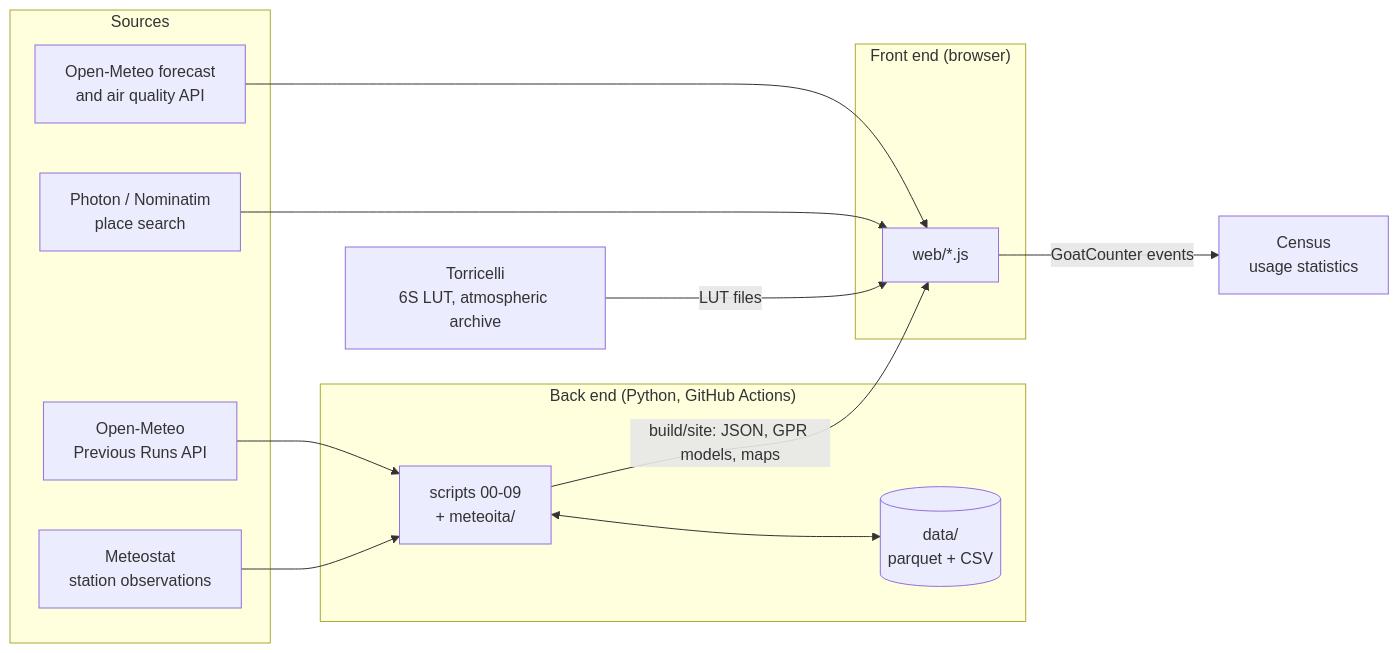
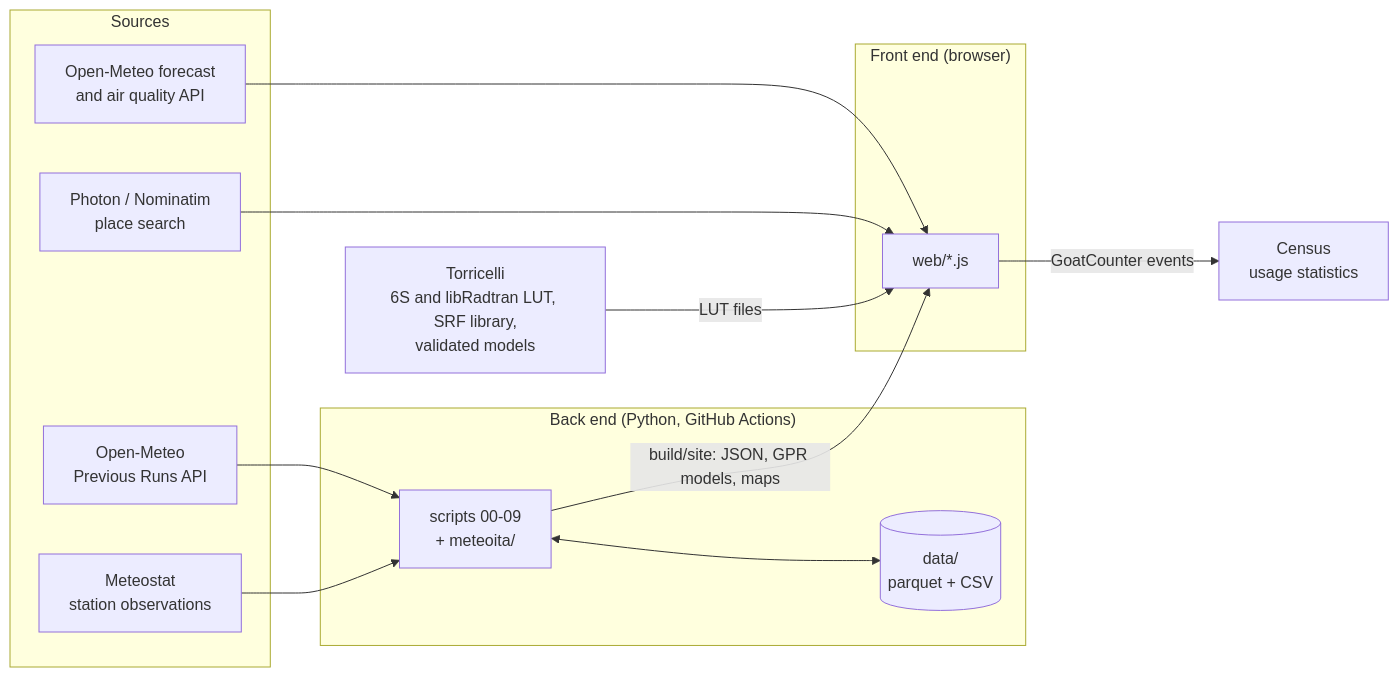
Before and after one commit to francescorossi3/prognostica: the first of 5 diagrams in docs/HOW_IT_WORKS.md, drawn with Mermaid. The commit also changed other lines of this file and 4 other files, not shown here.

First line of the commit message:
Documentazione: Atmosphere RK con il modello validato, risposte spettrali dei sensori, libRadtran; README senza le mappe a 10 m superate

````diff
--- a/docs/HOW_IT_WORKS.md
+++ b/docs/HOW_IT_WORKS.md
@@ -12,26 +12,26 @@
 ```mermaid
 flowchart LR
   subgraph Sources
     OM[Open-Meteo<br>Previous Runs API]
     MS[Meteostat<br>station observations]
     OMlive[Open-Meteo forecast<br>and air quality API]
     GEO[Photon / Nominatim<br>place search]
   end
   subgraph "Back end (Python, GitHub Actions)"
     S[scripts 00-09<br>+ meteoita/]
     D[(data/<br>parquet + CSV)]
   end
   subgraph "Front end (browser)"
     W[web/*.js]
   end
-  T[Torricelli<br>6S LUT, atmospheric archive]
+  T[Torricelli<br>6S and libRadtran LUT, SRF library,<br>validated models]
   C[Census<br>usage statistics]
   OM --> S
   MS --> S
   S <--> D
   S -->|build/site: JSON, GPR models, maps| W
   OMlive --> W
   GEO --> W
   T -->|LUT files| W
   W -->|GoatCounter events| C
 ```
````
